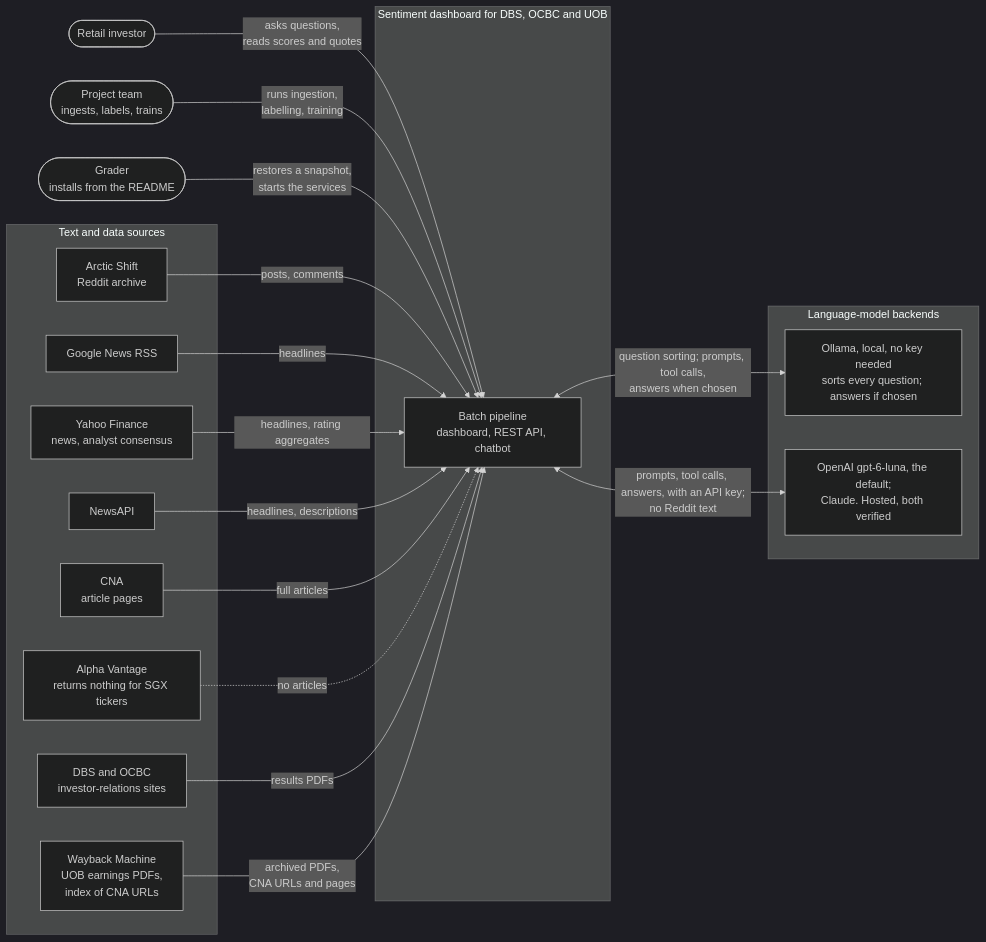
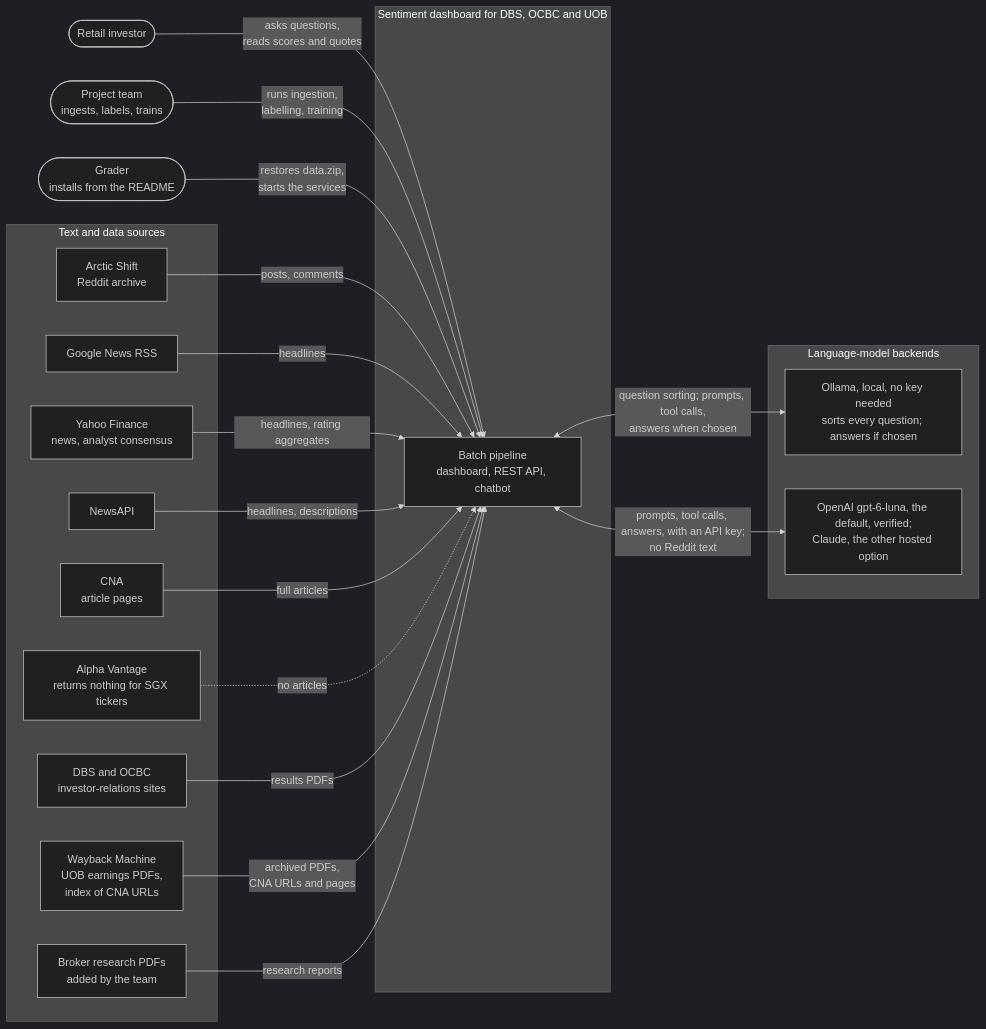
One commit to Gavingyh/plp-project changed the diagram in docs/diagrams/src/01-system-context.mmd. Above: the diagram before and after it, drawn with Mermaid (dark theme). The commit also changed 124 other files, not shown here.

```diff
--- a/docs/diagrams/src/01-system-context.mmd
+++ b/docs/diagrams/src/01-system-context.mmd
@@ -1,43 +1,45 @@
 flowchart LR
   accTitle: System context
-  accDescr: The sentiment system with its three kinds of user, its five text and data sources, and its four model backends.
+  accDescr: The sentiment system with its three kinds of user, its text and data sources, and its language-model backends.
 
   investor(["Retail investor"])
   team(["Project team<br/>ingests, labels, trains"])
   grader(["Grader<br/>installs from the README"])
 
   subgraph sys["Sentiment dashboard for DBS, OCBC and UOB"]
     core["Batch pipeline<br/>dashboard, REST API, chatbot"]
   end
 
   subgraph sources["Text and data sources"]
     reddit["Arctic Shift<br/>Reddit archive"]
     gnews["Google News RSS"]
     yahoo["Yahoo Finance<br/>news, analyst consensus"]
     newsapi["NewsAPI"]
     cna["CNA<br/>article pages"]
     av["Alpha Vantage<br/>returns nothing for SGX tickers"]
     ir["DBS and OCBC<br/>investor-relations sites"]
     wayback["Wayback Machine<br/>UOB earnings PDFs,<br/>index of CNA URLs"]
+    broker["Broker research PDFs<br/>added by the team"]
   end
 
   subgraph llms["Language-model backends"]
     ollama["Ollama, local, no key needed<br/>sorts every question; answers if chosen"]
-    hosted["OpenAI gpt-6-luna, the default;<br/>Claude. Hosted, both verified"]
+    hosted["OpenAI gpt-6-luna, the default, verified;<br/>Claude, the other hosted option"]
   end
 
   investor -- "asks questions,<br/>reads scores and quotes" --> core
   team -- "runs ingestion,<br/>labelling, training" --> core
-  grader -- "restores a snapshot,<br/>starts the services" --> core
+  grader -- "restores data.zip,<br/>starts the services" --> core
 
   reddit -- "posts, comments" --> core
   gnews -- "headlines" --> core
   yahoo -- "headlines, rating aggregates" --> core
   newsapi -- "headlines, descriptions" --> core
   cna -- "full articles" --> core
   av -. "no articles" .-> core
   ir -- "results PDFs" --> core
   wayback -- "archived PDFs,<br/>CNA URLs and pages" --> core
+  broker -- "research reports" --> core
 
   core <-- "question sorting; prompts, tool calls,<br/>answers when chosen" --> ollama
   core <-- "prompts, tool calls, answers, with an API key;<br/>no Reddit text" --> hosted
```
